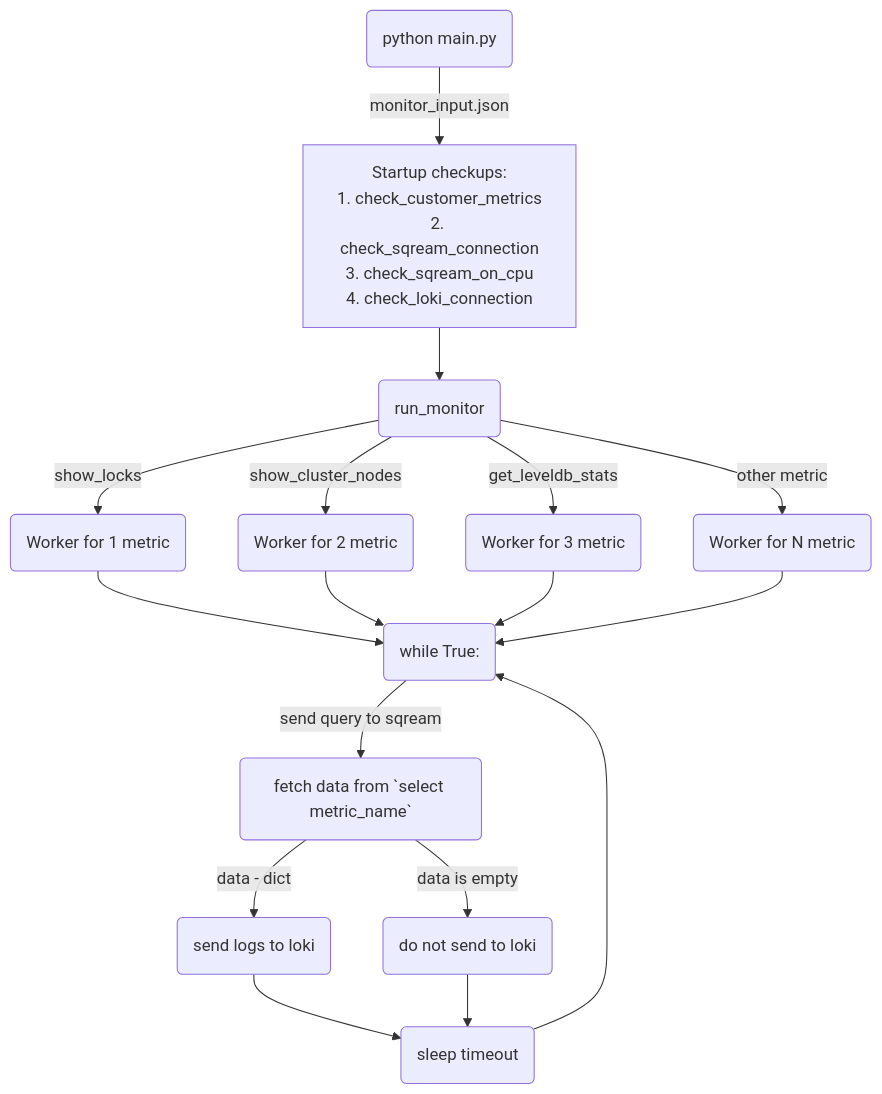
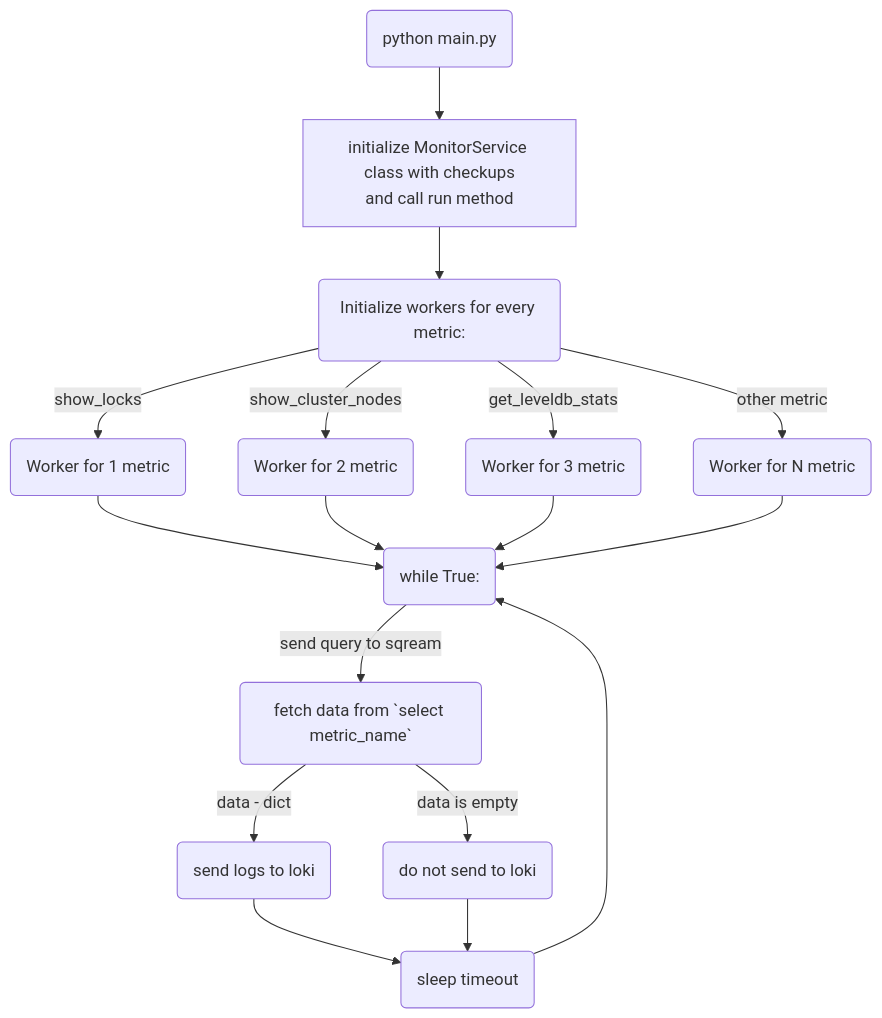
The second of 2 diagrams in README.md (honsour72/monitor_service), drawn with Mermaid before and after one commit. The commit also changed 7 other files, not shown here.

````diff
--- a/README.md
+++ b/README.md
@@ -252,19 +252,19 @@
 ```mermaid
 graph TB
-A(python main.py) --> |monitor_input.json| B[Startup checkups:\n1. check_customer_metrics\n2. check_sqream_connection\n3. check_sqream_on_cpu\n4. check_loki_connection]
-B --> C(run_monitor)
+A(python main.py) --> B[initialize MonitorService class with checkups\nand call run method]
+B --> C(Initialize workers for every metric:)
 C --> |show_locks| D1(Worker for 1 metric)
 C --> |show_cluster_nodes| D2(Worker for 2 metric)
 C --> |get_leveldb_stats| D3(Worker for 3 metric)
 C --> |other metric| D4(Worker for N metric)
 D1 --> E(while True:)
 D2 --> E(while True:)
 D3 --> E(while True:)
 D4 --> E(while True:)
 E --> |send query to sqream| F(fetch data from `select metric_name`)
 F --> |data is empty| S(do not send to loki)
 G --> H(sleep timeout)
 F --> |data - dict| G(send logs to loki)
 S --> H
 H --> E
 ```
````
